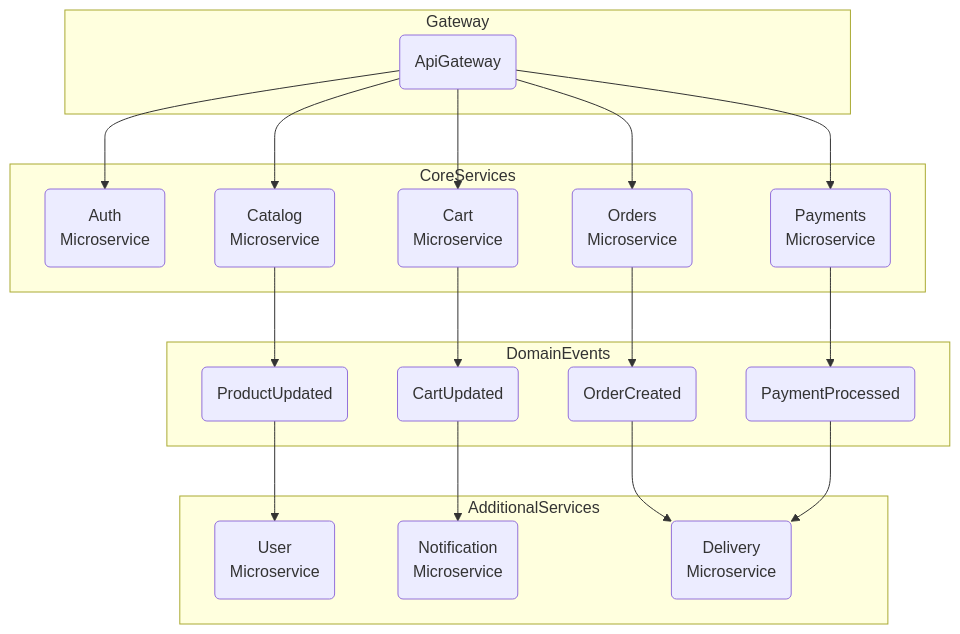
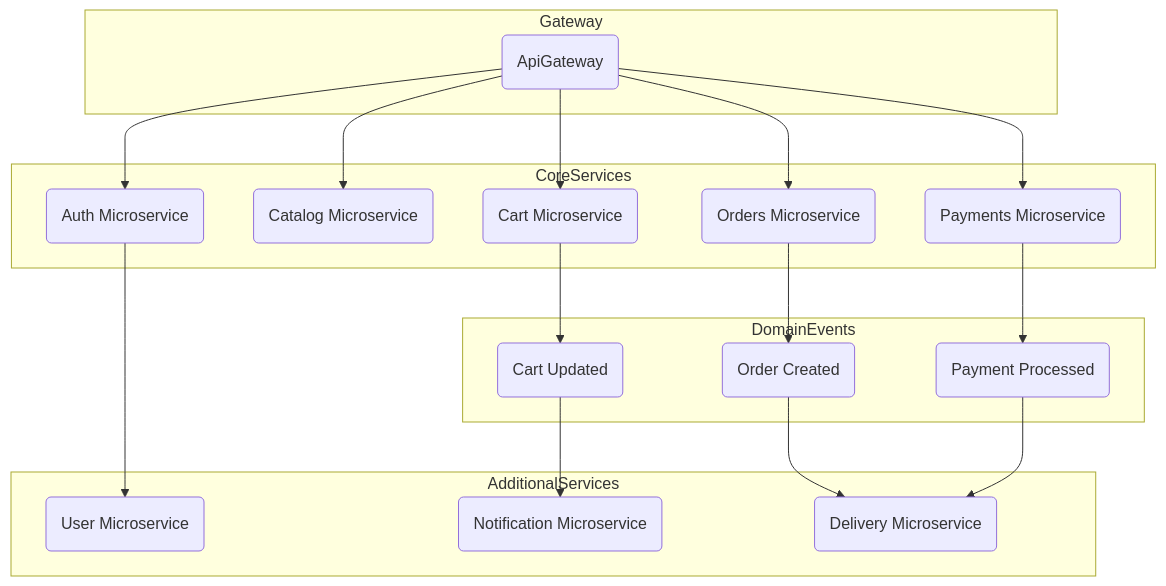
Before and after one commit to NVolnukhin/OrderAccountingSystem: the diagram in README.md, drawn with Mermaid. The commit also changed other lines of this file, not shown here.

Commit message:
update READNE

````diff
--- a/README.md
+++ b/README.md
@@ -30,44 +28,45 @@
 ```mermaid
 graph TD
 
     subgraph Gateway
         AG(ApiGateway)
     end
 
     subgraph CoreServices
-        AU(Auth\nMicroservice)
-        CA(Catalog\nMicroservice)
-        CR(Cart\nMicroservice)
-        OR(Orders\nMicroservice)
-        PA(Payments\nMicroservice)
+        AU(Auth Microservice)
+        CA(Catalog Microservice)
+        CR(Cart Microservice)
+        OR(Orders Microservice)
+        PA(Payments Microservice)
     end
 
     subgraph DomainEvents
-        PU(ProductUpdated)
-        CU(CartUpdated)
-        OC(OrderCreated)
-        PP(PaymentProcessed)
+        CU(Cart Updated)
+        OC(Order Created)
+        PP(Payment Processed)
     end
 
     subgraph AdditionalServices
-        US(User\nMicroservice)
-        NO(Notification\nMicroservice)
-        DE(Delivery\nMicroservice)
+        US(User Microservice)
+        NO(Notification Microservice)
+        DE(Delivery Microservice)
     end
 
+    %% Gateway routing
     AG --> AU
     AG --> CA
     AG --> CR
     AG --> OR
     AG --> PA
 
-    CA --> PU
+    AU --> US
+
     CR --> CU
     OR --> OC
     PA --> PP
 
-    PU --> US
     CU --> NO
     OC --> DE
     PP --> DE
+
 ```
````
